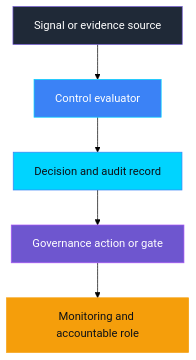
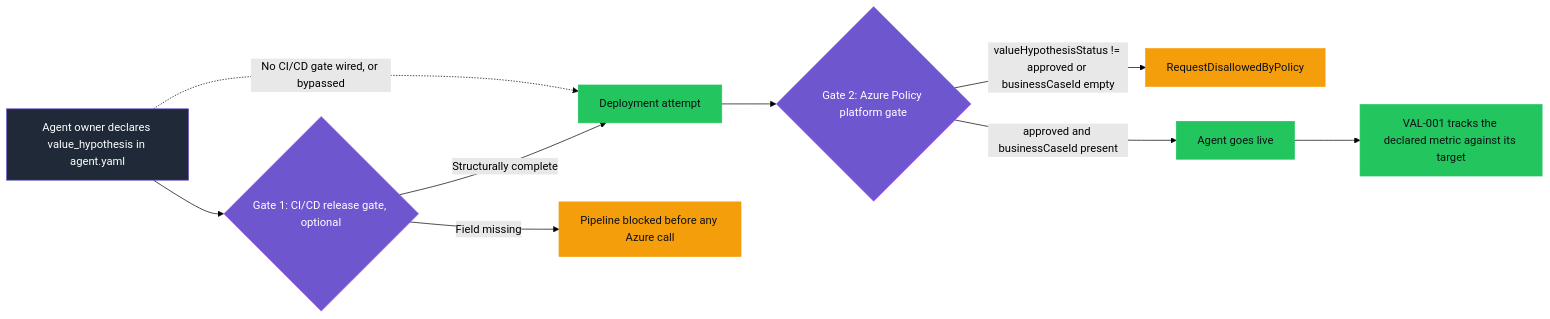
The fourth of 4 diagrams in controls/value_adoption_and_finops/VAL-PRE-001_value_hypothesis_missing/README.md (doruit/forged-with-foundry), drawn with Mermaid (forest theme) before and after one commit. The commit also changed other lines of this file and 23 other files, not shown here.

First line of the commit message:
feat(val-pre-001): add real GitHub Actions + OIDC CI/CD gate demo

````diff
--- a/controls/value_adoption_and_finops/VAL-PRE-001_value_hypothesis_missing/README.md
+++ b/controls/value_adoption_and_finops/VAL-PRE-001_value_hypothesis_missing/README.md
@@ -61,18 +377,22 @@
 ```mermaid
-flowchart TB
-    S[Signal or evidence source] --> C[Control evaluator]
-    C --> R[Decision and audit record]
-    R --> G[Governance action or gate]
-    G --> M[Monitoring and accountable role]
+flowchart LR
+  Owner[Agent owner declares value_hypothesis in agent.yaml] --> Gate1{Gate 1: CI/CD release gate, optional}
+  Owner -.->|No CI/CD gate wired, or bypassed| Attempt[Deployment attempt]
+  Gate1 -->|Field missing| Block1[Pipeline blocked before any Azure call]
+  Gate1 -->|Structurally complete| Attempt
+  Attempt --> Gate2{Gate 2: Azure Policy platform gate}
+  Gate2 -->|valueHypothesisStatus != approved or businessCaseId empty| Block2[RequestDisallowedByPolicy]
+  Gate2 -->|approved and businessCaseId present| Live[Agent goes live]
+  Live --> Track[VAL-001 tracks the declared metric against its target]
 
-    classDef governance fill:#6E56CF,stroke:#A855F7,color:#FFFFFF
-    classDef platform fill:#3B82F6,stroke:#00D4FF,color:#FFFFFF
-    classDef evidence fill:#00D4FF,stroke:#3B82F6,color:#0D1117
-    classDef neutral fill:#1F2937,stroke:#6E56CF,color:#FFFFFF
-    classDef attention fill:#F59E0B,stroke:#F59E0B,color:#0D1117
-    class S neutral
-    class C platform
-    class R evidence
-    class G governance
-    class M attention
+  classDef governance fill:#6E56CF,stroke:#A855F7,color:#FFFFFF
+  classDef platform fill:#3B82F6,stroke:#00D4FF,color:#FFFFFF
+  classDef success fill:#22C55E,stroke:#22C55E,color:#0D1117
+  classDef attention fill:#F59E0B,stroke:#F59E0B,color:#0D1117
+  classDef neutral fill:#1F2937,stroke:#6E56CF,color:#FFFFFF
+  class Owner neutral
+  class Gate1 governance
+  class Gate2 governance
+  class Block1,Block2 attention
+  class Attempt,Live,Track success
 ```
````
